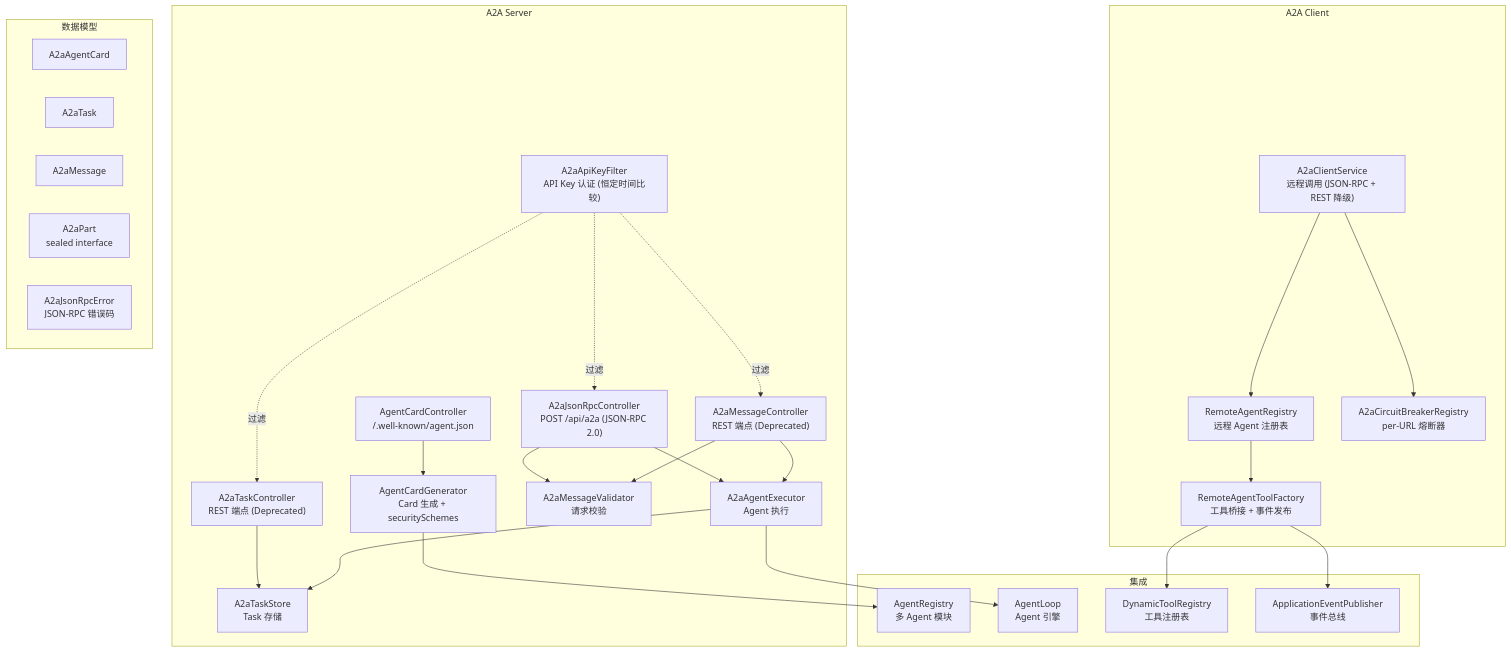
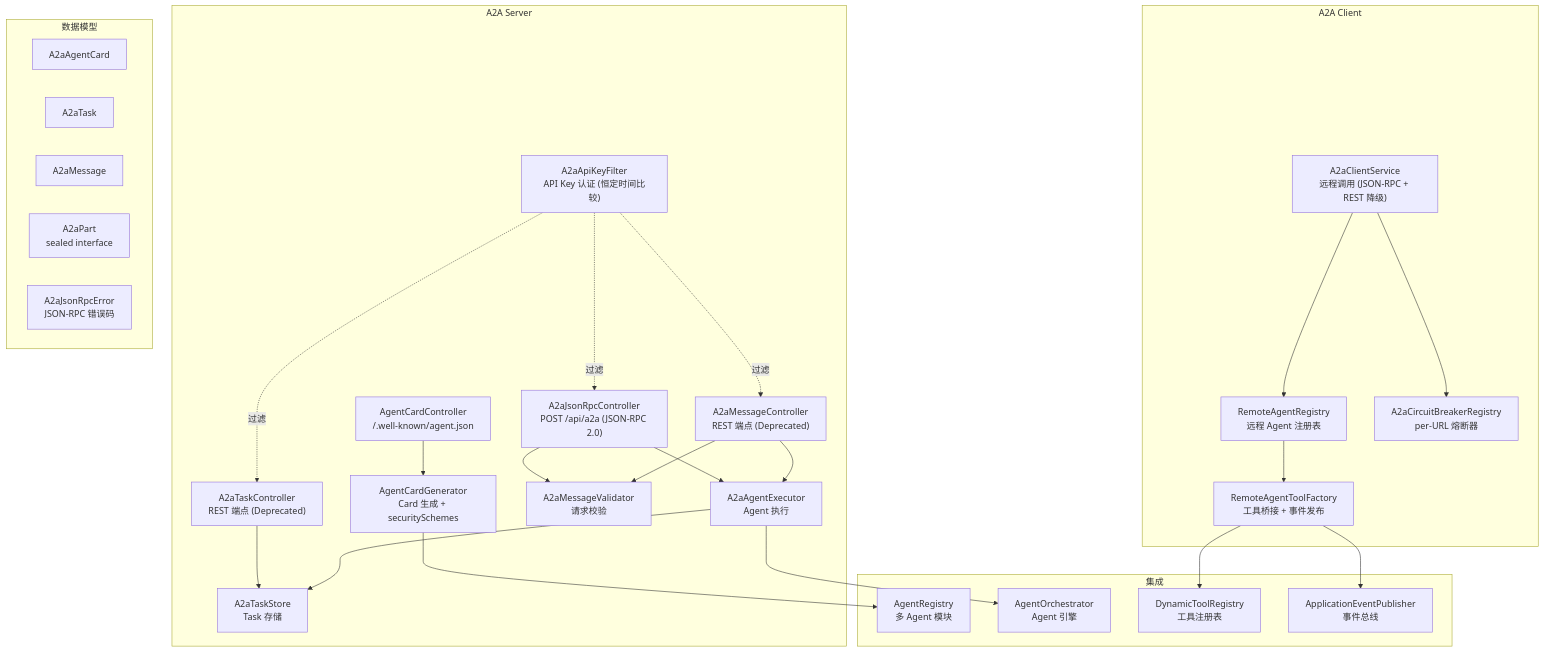
One commit to ntygod/LifePilot changed the first of 3 diagrams in docs/architecture/a2a-protocol.md. Above: the diagram before and after it, drawn with Mermaid. The commit also changed other lines of this file and 14 other files, not shown here.

````diff
--- a/docs/architecture/a2a-protocol.md
+++ b/docs/architecture/a2a-protocol.md
@@ -13,49 +13,49 @@
 ```mermaid
 graph TB
     subgraph "A2A Server"
         ACC["AgentCardController<br/>/.well-known/agent.json"]
         ACG["AgentCardGenerator<br/>Card 生成 + securitySchemes"]
         AJRC["A2aJsonRpcController<br/>POST /api/a2a (JSON-RPC 2.0)"]
         AMC["A2aMessageController<br/>REST 端点 (Deprecated)"]
         ATC["A2aTaskController<br/>REST 端点 (Deprecated)"]
         AMV["A2aMessageValidator<br/>请求校验"]
         AAE["A2aAgentExecutor<br/>Agent 执行"]
         ATS["A2aTaskStore<br/>Task 存储"]
         AKF["A2aApiKeyFilter<br/>API Key 认证 (恒定时间比较)"]
     end
 
     subgraph "A2A Client"
         ACS["A2aClientService<br/>远程调用 (JSON-RPC + REST 降级)"]
         RAR["RemoteAgentRegistry<br/>远程 Agent 注册表"]
         RTF["RemoteAgentToolFactory<br/>工具桥接 + 事件发布"]
         ACB["A2aCircuitBreakerRegistry<br/>per-URL 熔断器"]
     end
 
     subgraph "数据模型"
         AC["A2aAgentCard"]
         AT["A2aTask"]
         AM["A2aMessage"]
         AP["A2aPart<br/>sealed interface"]
         AJE["A2aJsonRpcError<br/>JSON-RPC 错误码"]
     end
 
     subgraph "集成"
         AR["AgentRegistry<br/>多 Agent 模块"]
-        AL["AgentLoop<br/>Agent 引擎"]
+        AL["AgentOrchestrator<br/>Agent 引擎"]
         TR["DynamicToolRegistry<br/>工具注册表"]
         EP["ApplicationEventPublisher<br/>事件总线"]
     end
 
     ACC --> ACG --> AR
     AJRC --> AMV
     AJRC --> AAE --> AL
     AMC --> AMV
     AMC --> AAE
     ATC --> ATS
     AKF -.->|"过滤"| AJRC & AMC & ATC
     ACS --> RAR
     ACS --> ACB
     RAR --> RTF --> TR
     RTF --> EP
     AAE --> ATS
 ```
````
